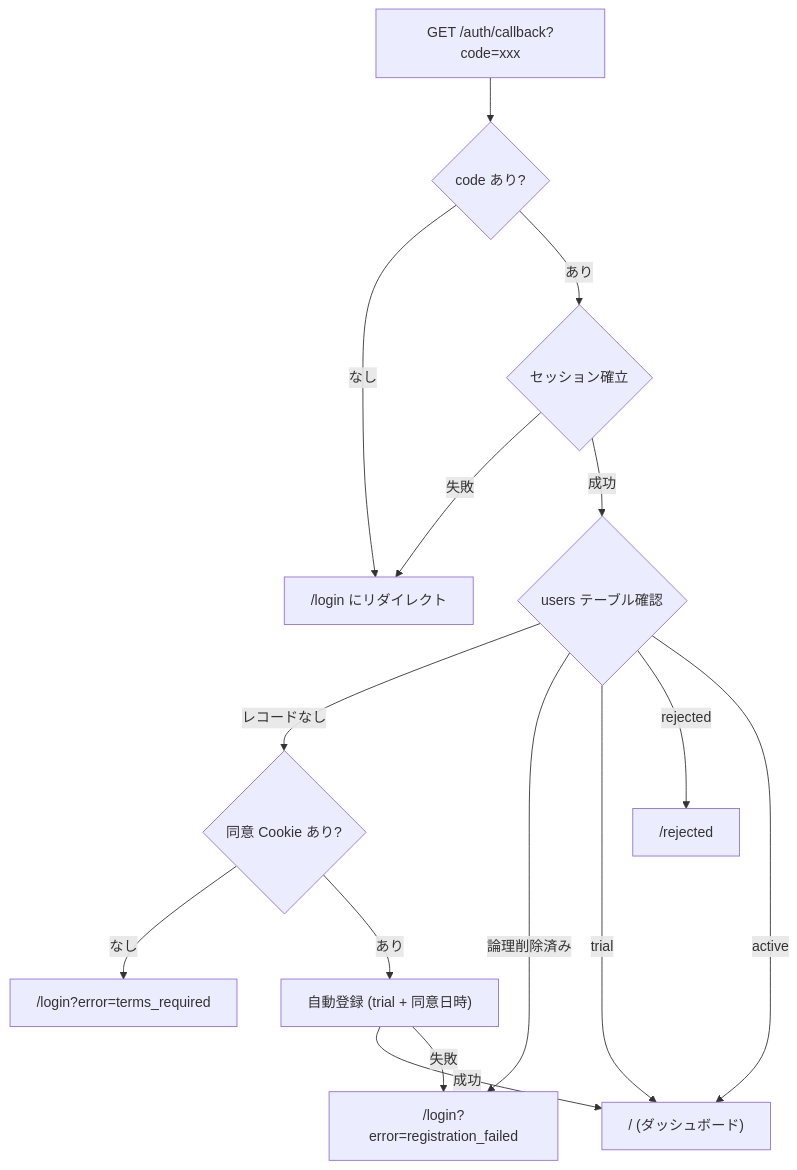
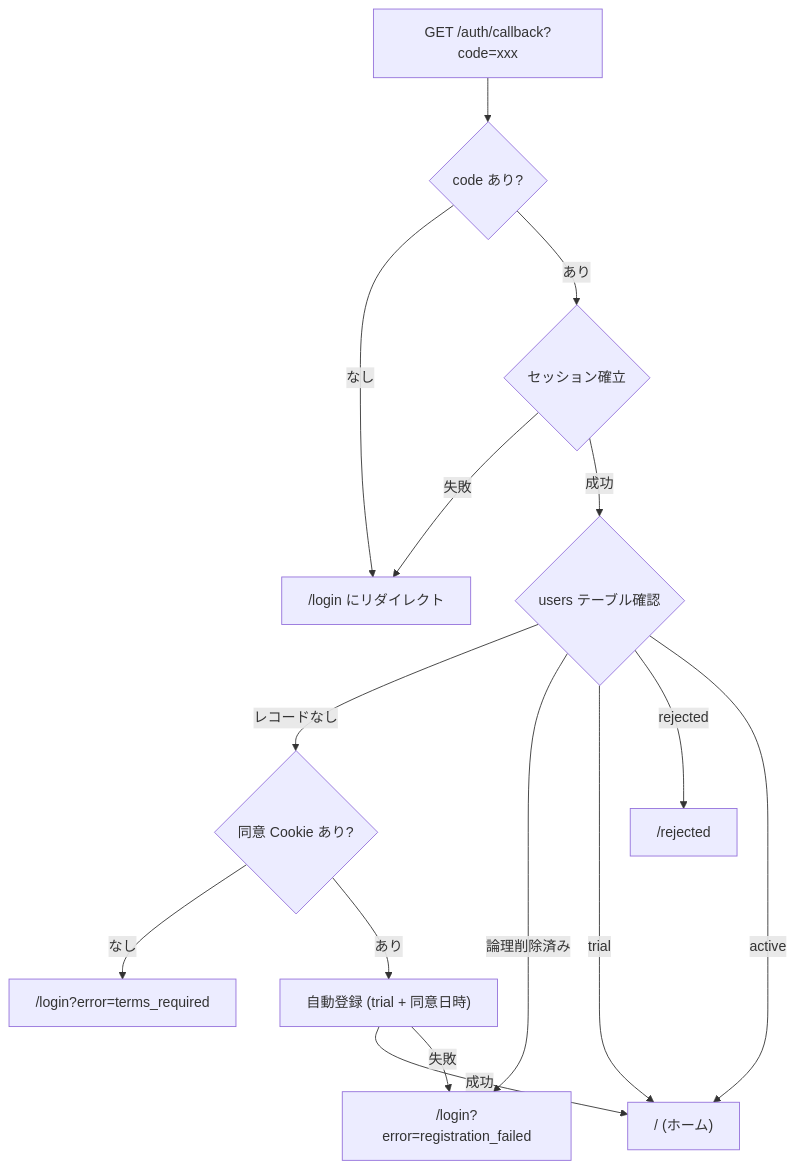
Before and after one commit to Singuralitylabs/sinlab-study: the fourth of 5 diagrams in docs/specification.md, drawn with Mermaid. The commit also changed other lines of this file and 19 other files, not shown here.

````diff
--- a/docs/specification.md
+++ b/docs/specification.md
@@ -125,17 +125,17 @@
 ```mermaid
 flowchart TD
     A["GET /auth/callback?code=xxx"] --> B{code あり?}
     B -->|なし| L["/login にリダイレクト"]
     B -->|あり| C{セッション確立}
     C -->|失敗| L
     C -->|成功| D{users テーブル確認}
     D -->|レコードなし| T{同意 Cookie あり?}
     T -->|なし| TE["/login?error=terms_required"]
     T -->|あり| R["自動登録 (trial + 同意日時)"]
     R -->|成功| H
     R -->|失敗| F["/login?error=registration_failed"]
     D -->|論理削除済み| F
     D -->|trial| H
     D -->|rejected| RE["/rejected"]
-    D -->|active| H["/ (ダッシュボード)"]
+    D -->|active| H["/ (ホーム)"]
 ```
````
